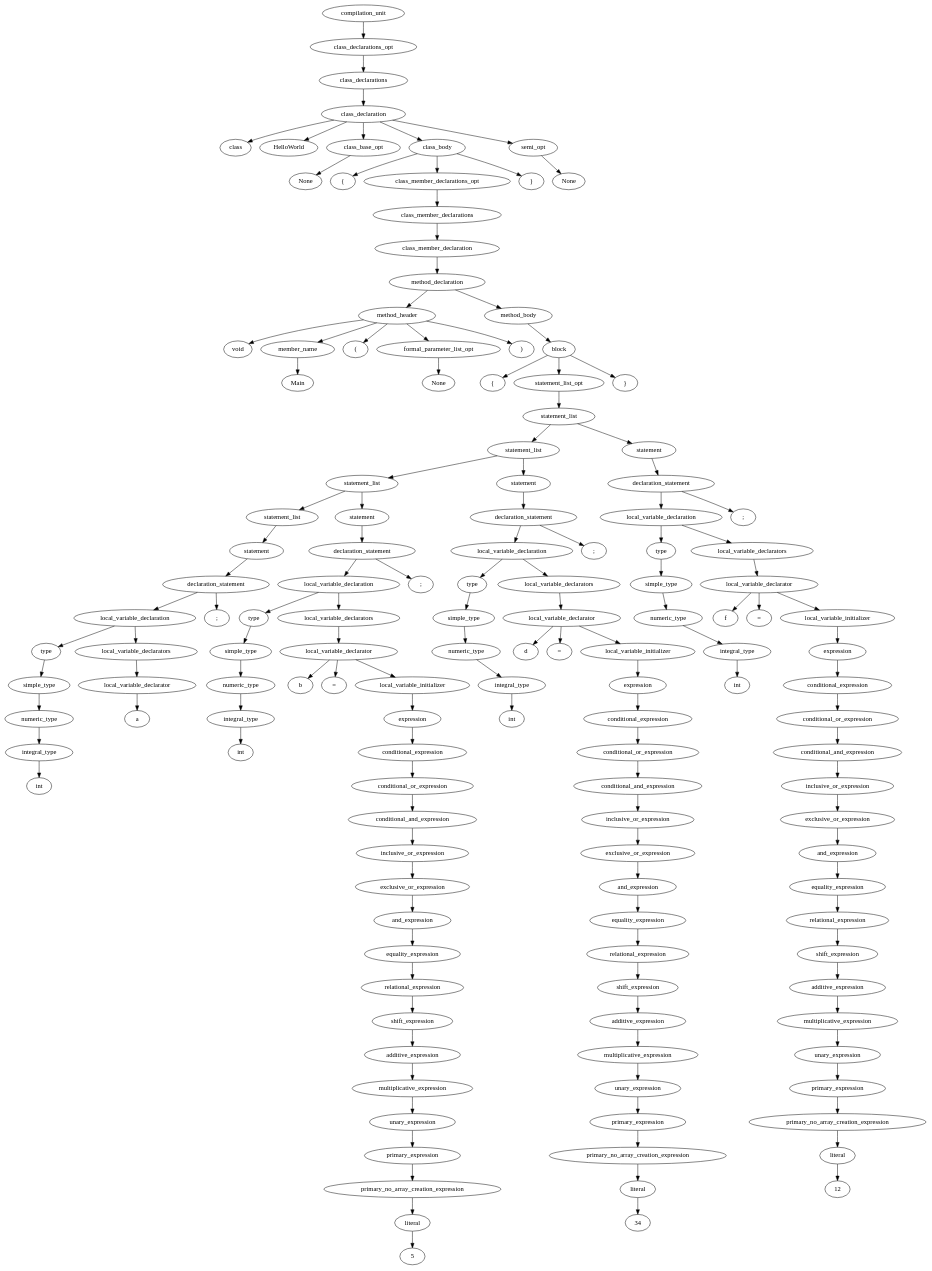
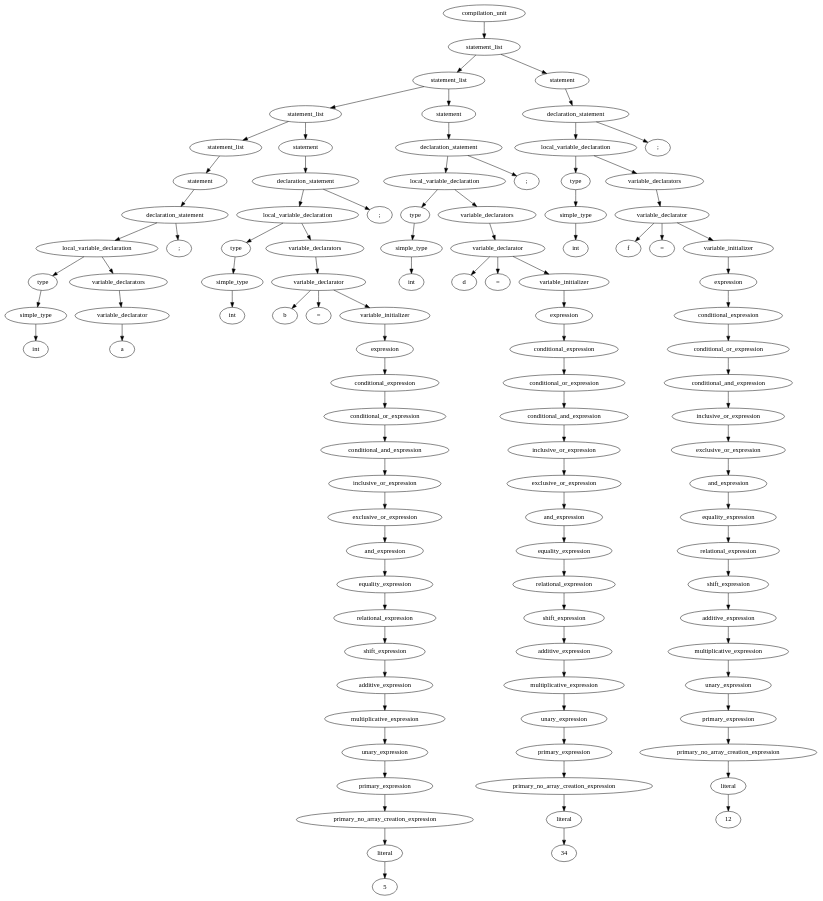
One commit to apeeyush/compiler changed the diagram in test.dot. Above: the diagram before and after it, drawn with Graphviz. The commit also changed 6 other files, not shown here.

```diff
--- a/test.dot
+++ b/test.dot
@@ -1,83 +1,101 @@
 digraph G{
 id0[label="compilation_unit"];
-id1[label="class_declarations_opt"];
-id2[label="class_declarations"];
-id3[label="class_declaration"];
-id4[label="class"];
-id5[label="HelloWorld"];
-id6[label="class_base_opt"];
-id7[label="None"];
+id1[label="statement_list"];
+id2[label="statement_list"];
+id3[label="statement_list"];
+id4[label="statement_list"];
+id5[label="statement"];
+id6[label="declaration_statement"];
+id7[label="local_variable_declaration"];
+id8[label="type"];
+id9[label="simple_type"];
+id10[label="int"];
+id9->id10;
+id8->id9;
+id11[label="variable_declarators"];
+id12[label="variable_declarator"];
+id13[label="a"];
+id12->id13;
+id11->id12;
+id7->id8;
+id7->id11;
+id14[label=";"];
 id6->id7;
-id8[label="class_body"];
-id9[label="{"];
-id10[label="class_member_declarations_opt"];
-id11[label="class_member_declarations"];
-id12[label="class_member_declaration"];
-id13[label="method_declaration"];
-id14[label="method_header"];
-id15[label="void"];
-id16[label="member_name"];
-id17[label="Main"];
-id16->id17;
-id18[label="("];
-id19[label="formal_parameter_list_opt"];
-id20[label="None"];
+id6->id14;
+id5->id6;
+id4->id5;
+id15[label="statement"];
+id16[label="declaration_statement"];
+id17[label="local_variable_declaration"];
+id18[label="type"];
+id19[label="simple_type"];
+id20[label="int"];
 id19->id20;
-id21[label=")"];
-id14->id15;
-id14->id16;
-id14->id18;
-id14->id19;
-id14->id21;
-id22[label="method_body"];
-id23[label="block"];
-id24[label="{"];
-id25[label="statement_list_opt"];
-id26[label="statement_list"];
-id27[label="statement_list"];
-id28[label="statement_list"];
-id29[label="statement_list"];
-id30[label="statement"];
-id31[label="declaration_statement"];
-id32[label="local_variable_declaration"];
-id33[label="type"];
-id34[label="simple_type"];
-id35[label="numeric_type"];
-id36[label="integral_type"];
-id37[label="int"];
+id18->id19;
+id21[label="variable_declarators"];
+id22[label="variable_declarator"];
+id23[label="b"];
+id24[label="="];
+id25[label="variable_initializer"];
+id26[label="expression"];
+id27[label="conditional_expression"];
+id28[label="conditional_or_expression"];
+id29[label="conditional_and_expression"];
+id30[label="inclusive_or_expression"];
+id31[label="exclusive_or_expression"];
+id32[label="and_expression"];
+id33[label="equality_expression"];
+id34[label="relational_expression"];
+id35[label="shift_expression"];
+id36[label="additive_expression"];
+id37[label="multiplicative_expression"];
+id38[label="unary_expression"];
+id39[label="primary_expression"];
+id40[label="primary_no_array_creation_expression"];
+id41[label="literal"];
+id42[label="5"];
+id41->id42;
+id40->id41;
+id39->id40;
+id38->id39;
+id37->id38;
 id36->id37;
 id35->id36;
 id34->id35;
 id33->id34;
-id38[label="local_variable_declarators"];
-id39[label="local_variable_declarator"];
-id40[label="a"];
-id39->id40;
-id38->id39;
 id32->id33;
-id32->id38;
-id41[label=";"];
 id31->id32;
-id31->id41;
 id30->id31;
 id29->id30;
-id42[label="statement"];
-id43[label="declaration_statement"];
-id44[label="local_variable_declaration"];
-id45[label="type"];
-id46[label="simple_type"];
-id47[label="numeric_type"];
-id48[label="integral_type"];
+id28->id29;
+id27->id28;
+id26->id27;
+id25->id26;
+id22->id23;
+id22->id24;
+id22->id25;
+id21->id22;
+id17->id18;
+id17->id21;
+id43[label=";"];
+id16->id17;
+id16->id43;
+id15->id16;
+id3->id4;
+id3->id15;
+id44[label="statement"];
+id45[label="declaration_statement"];
+id46[label="local_variable_declaration"];
+id47[label="type"];
+id48[label="simple_type"];
 id49[label="int"];
 id48->id49;
 id47->id48;
-id46->id47;
-id45->id46;
-id50[label="local_variable_declarators"];
-id51[label="local_variable_declarator"];
-id52[label="b"];
+id50[label="variable_declarators"];
+id51[label="variable_declarator"];
+id52[label="d"];
 id53[label="="];
-id54[label="local_variable_initializer"];
+id54[label="variable_initializer"];
 id55[label="expression"];
 id56[label="conditional_expression"];
 id57[label="conditional_or_expression"];
@@ -94,7 +112,7 @@
 id68[label="primary_expression"];
 id69[label="primary_no_array_creation_expression"];
 id70[label="literal"];
-id71[label="5"];
+id71[label="34"];
 id70->id71;
 id69->id70;
 id68->id69;
@@ -116,50 +134,44 @@
 id51->id53;
 id51->id54;
 id50->id51;
+id46->id47;
+id46->id50;
+id72[label=";"];
+id45->id46;
+id45->id72;
 id44->id45;
-id44->id50;
-id72[label=";"];
-id43->id44;
-id43->id72;
-id42->id43;
-id28->id29;
-id28->id42;
+id2->id3;
+id2->id44;
 id73[label="statement"];
 id74[label="declaration_statement"];
 id75[label="local_variable_declaration"];
 id76[label="type"];
 id77[label="simple_type"];
-id78[label="numeric_type"];
-id79[label="integral_type"];
-id80[label="int"];
-id79->id80;
-id78->id79;
+id78[label="int"];
 id77->id78;
 id76->id77;
-id81[label="local_variable_declarators"];
-id82[label="local_variable_declarator"];
-id83[label="d"];
-id84[label="="];
-id85[label="local_variable_initializer"];
-id86[label="expression"];
-id87[label="conditional_expression"];
-id88[label="conditional_or_expression"];
-id89[label="conditional_and_expression"];
-id90[label="inclusive_or_expression"];
-id91[label="exclusive_or_expression"];
-id92[label="and_expression"];
-id93[label="equality_expression"];
-id94[label="relational_expression"];
-id95[label="shift_expression"];
-id96[label="additive_expression"];
-id97[label="multiplicative_expression"];
-id98[label="unary_expression"];
-id99[label="primary_expression"];
-id100[label="primary_no_array_creation_expression"];
-id101[label="literal"];
-id102[label="34"];
-id101->id102;
-id100->id101;
+id79[label="variable_declarators"];
+id80[label="variable_declarator"];
+id81[label="f"];
+id82[label="="];
+id83[label="variable_initializer"];
+id84[label="expression"];
+id85[label="conditional_expression"];
+id86[label="conditional_or_expression"];
+id87[label="conditional_and_expression"];
+id88[label="inclusive_or_expression"];
+id89[label="exclusive_or_expression"];
+id90[label="and_expression"];
+id91[label="equality_expression"];
+id92[label="relational_expression"];
+id93[label="shift_expression"];
+id94[label="additive_expression"];
+id95[label="multiplicative_expression"];
+id96[label="unary_expression"];
+id97[label="primary_expression"];
+id98[label="primary_no_array_creation_expression"];
+id99[label="literal"];
+id100[label="12"];
 id99->id100;
 id98->id99;
 id97->id98;
@@ -175,105 +187,19 @@
 id87->id88;
 id86->id87;
 id85->id86;
-id82->id83;
-id82->id84;
-id82->id85;
-id81->id82;
+id84->id85;
+id83->id84;
+id80->id81;
+id80->id82;
+id80->id83;
+id79->id80;
 id75->id76;
-id75->id81;
-id103[label=";"];
+id75->id79;
+id101[label=";"];
 id74->id75;
-id74->id103;
+id74->id101;
 id73->id74;
-id27->id28;
-id27->id73;
-id104[label="statement"];
-id105[label="declaration_statement"];
-id106[label="local_variable_declaration"];
-id107[label="type"];
-id108[label="simple_type"];
-id109[label="numeric_type"];
-id110[label="integral_type"];
-id111[label="int"];
-id110->id111;
-id109->id110;
-id108->id109;
-id107->id108;
-id112[label="local_variable_declarators"];
-id113[label="local_variable_declarator"];
-id114[label="f"];
-id115[label="="];
-id116[label="local_variable_initializer"];
-id117[label="expression"];
-id118[label="conditional_expression"];
-id119[label="conditional_or_expression"];
-id120[label="conditional_and_expression"];
-id121[label="inclusive_or_expression"];
-id122[label="exclusive_or_expression"];
-id123[label="and_expression"];
-id124[label="equality_expression"];
-id125[label="relational_expression"];
-id126[label="shift_expression"];
-id127[label="additive_expression"];
-id128[label="multiplicative_expression"];
-id129[label="unary_expression"];
-id130[label="primary_expression"];
-id131[label="primary_no_array_creation_expression"];
-id132[label="literal"];
-id133[label="12"];
-id132->id133;
-id131->id132;
-id130->id131;
-id129->id130;
-id128->id129;
-id127->id128;
-id126->id127;
-id125->id126;
-id124->id125;
-id123->id124;
-id122->id123;
-id121->id122;
-id120->id121;
-id119->id120;
-id118->id119;
-id117->id118;
-id116->id117;
-id113->id114;
-id113->id115;
-id113->id116;
-id112->id113;
-id106->id107;
-id106->id112;
-id134[label=";"];
-id105->id106;
-id105->id134;
-id104->id105;
-id26->id27;
-id26->id104;
-id25->id26;
-id135[label="}"];
-id23->id24;
-id23->id25;
-id23->id135;
-id22->id23;
-id13->id14;
-id13->id22;
-id12->id13;
-id11->id12;
-id10->id11;
-id136[label="}"];
-id8->id9;
-id8->id10;
-id8->id136;
-id137[label="semi_opt"];
-id138[label="None"];
-id137->id138;
-id3->id4;
-id3->id5;
-id3->id6;
-id3->id8;
-id3->id137;
-id2->id3;
 id1->id2;
+id1->id73;
 id0->id1;
 }
```
